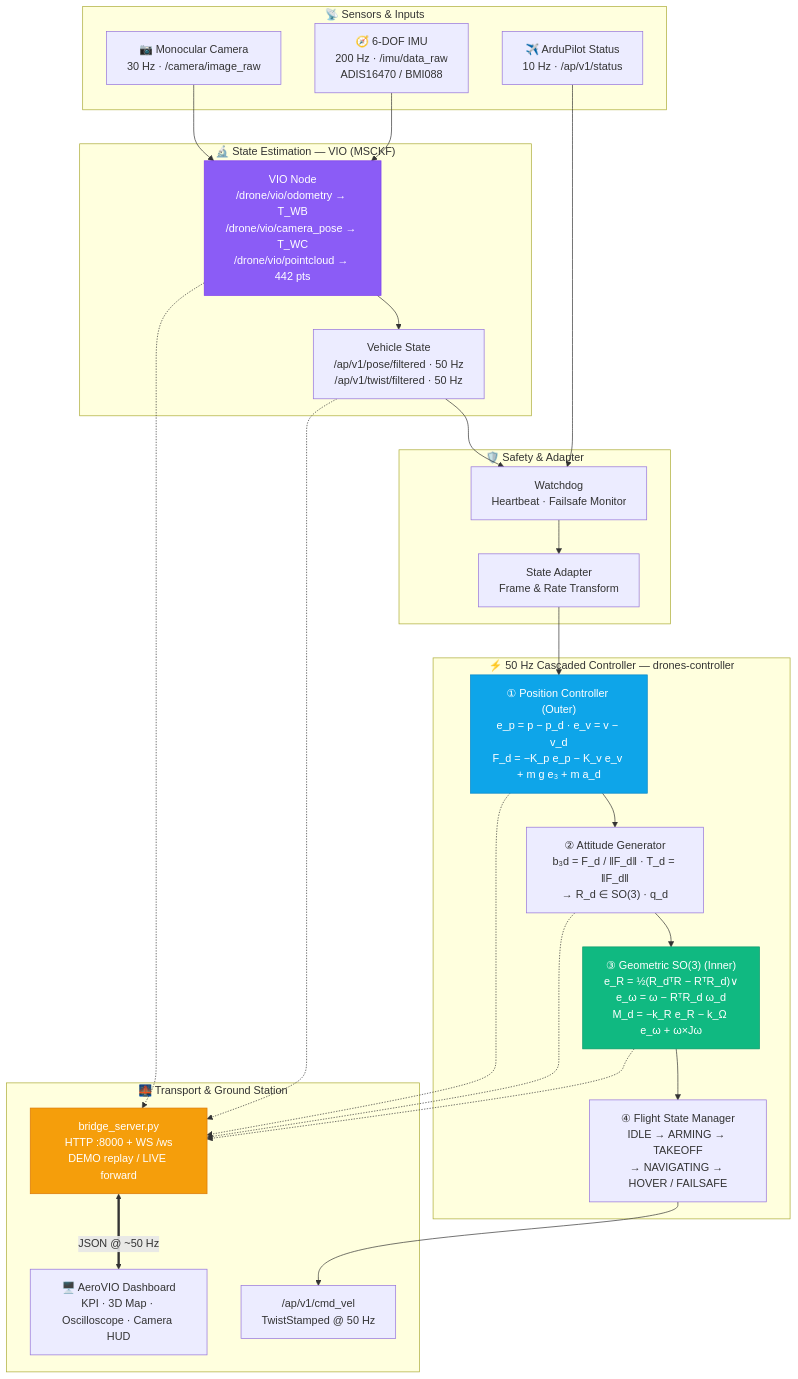
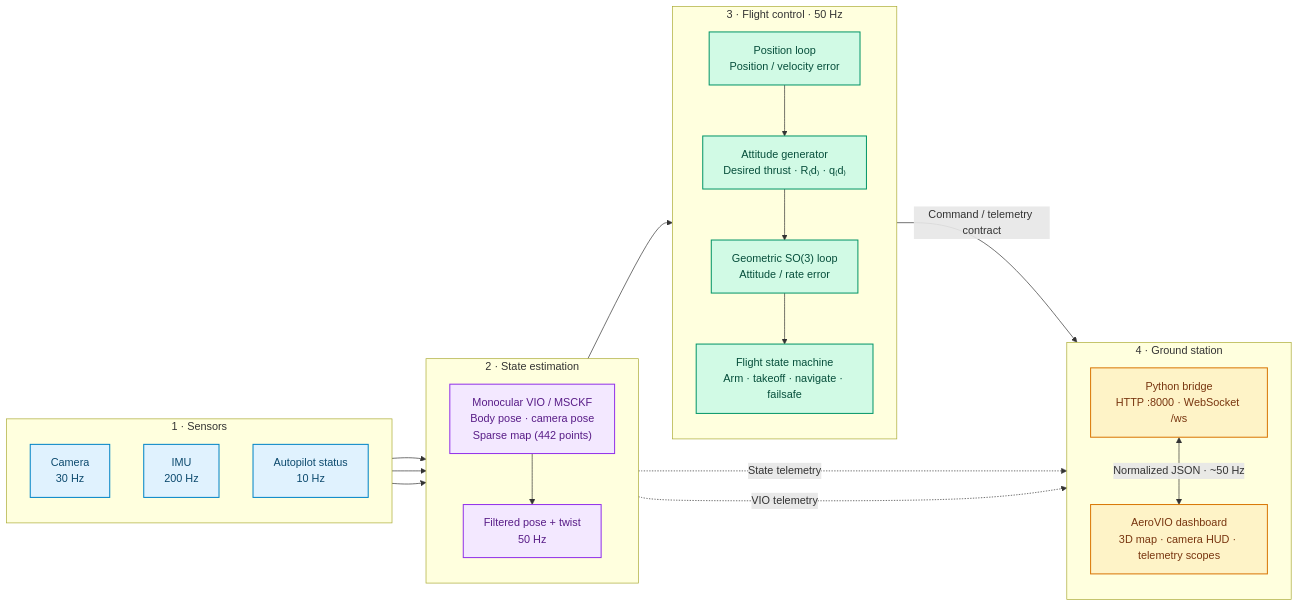
The diagram in README.md (iamakhilan/Drones-Dashboard), drawn with Mermaid before and after one commit. The commit also changed other lines of this file, not shown here.

Commit message:
docs: improve README math rendering and architecture diagram

````diff
--- a/README.md
+++ b/README.md
@@ -104,50 +100,50 @@
 ```mermaid
-flowchart TB
-    subgraph SENSORS["📡 Sensors & Inputs"]
-        CAM["📷 Monocular Camera<br/>30 Hz · /camera/image_raw"]
-        IMU["🧭 6-DOF IMU<br/>200 Hz · /imu/data_raw<br/>ADIS16470 / BMI088"]
-        AP["✈️ ArduPilot Status<br/>10 Hz · /ap/v1/status"]
-    end
+flowchart LR
+  %% Keep this overview deliberately compact: details live in the sections below.
+  subgraph INPUTS["1 · Sensors"]
+    direction TB
+    CAM["Camera<br/>30 Hz"]
+    IMU["IMU<br/>200 Hz"]
+    AP["Autopilot status<br/>10 Hz"]
+  end
 
-    subgraph EST["🔬 State Estimation — VIO (MSCKF)"]
-        VIO["VIO Node<br/>/drone/vio/odometry → T_WB<br/>/drone/vio/camera_pose → T_WC<br/>/drone/vio/pointcloud → 442 pts"]
-        STATE["Vehicle State<br/>/ap/v1/pose/filtered · 50 Hz<br/>/ap/v1/twist/filtered · 50 Hz"]
-    end
+  subgraph EST["2 · State estimation"]
+    direction TB
+    VIO["Monocular VIO / MSCKF<br/>Body pose · camera pose<br/>Sparse map (442 points)"]
+    STATE["Filtered pose + twist<br/>50 Hz"]
+    VIO --> STATE
+  end
 
-    subgraph SAFETY["🛡️ Safety & Adapter"]
-        WD["Watchdog<br/>Heartbeat · Failsafe Monitor"]
-        ADAPT["State Adapter<br/>Frame & Rate Transform"]
-    end
+  subgraph CONTROL["3 · Flight control · 50 Hz"]
+    direction TB
+    POS["Position loop<br/>Position / velocity error"]
+    GEN["Attitude generator<br/>Desired thrust · R₍d₎ · q₍d₎"]
+    SO3["Geometric SO(3) loop<br/>Attitude / rate error"]
+    FSM["Flight state machine<br/>Arm · takeoff · navigate · failsafe"]
+    POS --> GEN --> SO3 --> FSM
+  end
 
-    subgraph CTRL["⚡ 50 Hz Cascaded Controller — drones-controller"]
-        POS["① Position Controller (Outer)<br/>e_p = p − p_d · e_v = v − v_d<br/>F_d = −K_p e_p − K_v e_v + m g e₃ + m a_d"]
-        ATTG["② Attitude Generator<br/>b₃d = F_d / ‖F_d‖ · T_d = ‖F_d‖<br/>→ R_d ∈ SO(3) · q_d"]
-        SO3["③ Geometric SO(3) (Inner)<br/>e_R = ½(R_dᵀR − RᵀR_d)∨<br/>e_ω = ω − RᵀR_d ω_d<br/>M_d = −k_R e_R − k_Ω e_ω + ω×Jω"]
-        FSM["④ Flight State Manager<br/>IDLE → ARMING → TAKEOFF<br/>→ NAVIGATING → HOVER / FAILSAFE"]
-    end
+  subgraph GROUND["4 · Ground station"]
+    direction TB
+    BRIDGE["Python bridge<br/>HTTP :8000 · WebSocket /ws"]
+    UI["AeroVIO dashboard<br/>3D map · camera HUD · telemetry scopes"]
+    BRIDGE <--> |"Normalized JSON · ~50 Hz"| UI
+  end
 
-    subgraph BRIDGE["🌉 Transport & Ground Station"]
-        CMD["/ap/v1/cmd_vel<br/>TwistStamped @ 50 Hz"]
-        BR["bridge_server.py<br/>HTTP :8000 + WS /ws<br/>DEMO replay / LIVE forward"]
-        GCS["🖥️ AeroVIO Dashboard<br/>KPI · 3D Map · Oscilloscope · Camera HUD"]
-    end
+  CAM --> VIO
+  IMU --> VIO
+  AP --> STATE
+  STATE --> POS
+  FSM -->|"Command / telemetry contract"| BRIDGE
+  STATE -. "State telemetry" .-> BRIDGE
+  VIO -. "VIO telemetry" .-> BRIDGE
 
-    CAM --> VIO
-    IMU --> VIO
-    VIO --> STATE
-    STATE --> WD
-    AP --> WD
-    WD --> ADAPT
-    ADAPT --> POS --> ATTG --> SO3 --> FSM --> CMD
-    STATE -.-> BR
-    POS -.-> BR
-    ATTG -.-> BR
-    SO3 -.-> BR
-    VIO -.-> BR
-    BR <==>|"JSON @ ~50 Hz"| GCS
-
-    style POS fill:#0EA5E9,stroke:#0284C7,color:#fff
-    style SO3 fill:#10B981,stroke:#059669,color:#fff
-    style VIO fill:#8B5CF6,stroke:#7C3AED,color:#fff
-    style BR fill:#F59E0B,stroke:#D97706,color:#fff
+  classDef sensor fill:#E0F2FE,stroke:#0284C7,color:#0C4A6E,stroke-width:1.5px;
+  classDef estimate fill:#F3E8FF,stroke:#9333EA,color:#581C87,stroke-width:1.5px;
+  classDef control fill:#D1FAE5,stroke:#059669,color:#064E3B,stroke-width:1.5px;
+  classDef bridge fill:#FEF3C7,stroke:#D97706,color:#78350F,stroke-width:1.5px;
+  class CAM,IMU,AP sensor;
+  class VIO,STATE estimate;
+  class POS,GEN,SO3,FSM control;
+  class BRIDGE,UI bridge;
 ```
````
